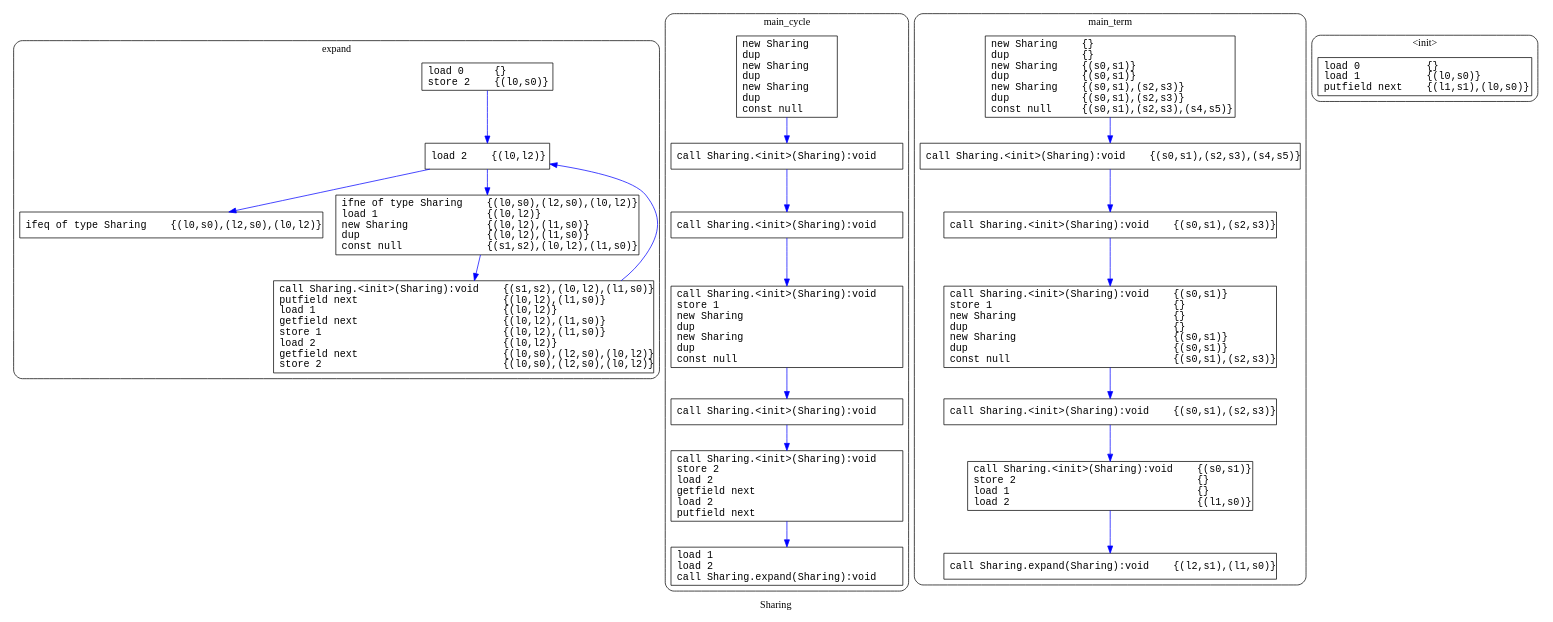
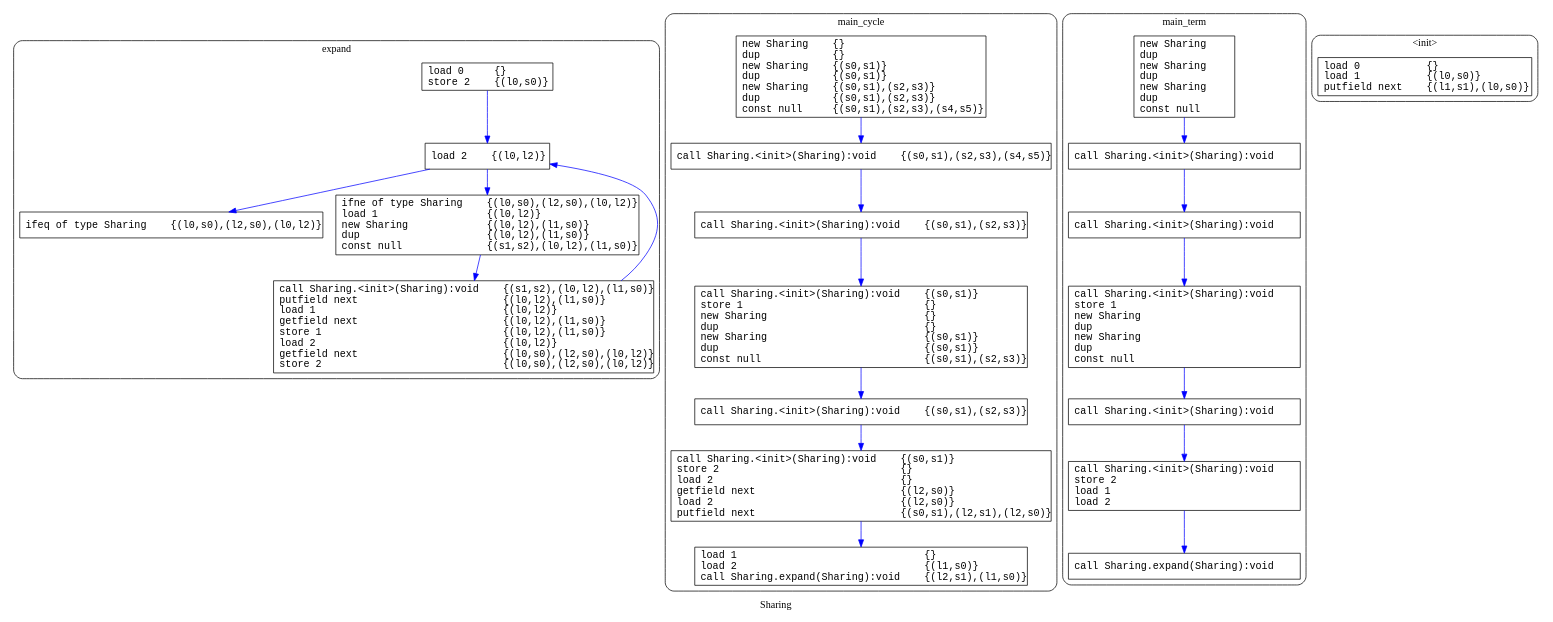
Before and after one commit to robotane/BCTerm: the diagram in generated/Sharing/Sharing.dot, drawn with Graphviz. The commit also changed 192 other files, not shown here.

```diff
--- a/generated/Sharing/Sharing.dot
+++ b/generated/Sharing/Sharing.dot
@@ -1,70 +1,70 @@
 digraph Program {
   label="Sharing"
   node [shape=box fontname="monospace"];
   edge [color=blue];
   subgraph cluster_0 {
     label="expand";
     color=black;
     style=rounded;
     node [shape=box fontname="monospace"];
     edge [color=blue];
     expand_block1 [label="load 0     {}\lstore 2    {(l0,s0)}\l"];
     expand_block2 [label="load 2    {(l0,l2)}\l"];
     expand_block3 [label="ifeq of type Sharing    {(l0,s0),(l2,s0),(l0,l2)}\l"];
     expand_block4 [label="ifne of type Sharing    {(l0,s0),(l2,s0),(l0,l2)}\lload 1                  {(l0,l2)}\lnew Sharing             {(l0,l2),(l1,s0)}\ldup                     {(l0,l2),(l1,s0)}\lconst null              {(s1,s2),(l0,l2),(l1,s0)}\l"];
     expand_block5 [label="call Sharing.<init>(Sharing):void    {(s1,s2),(l0,l2),(l1,s0)}\lputfield next                        {(l0,l2),(l1,s0)}\lload 1                               {(l0,l2)}\lgetfield next                        {(l0,l2),(l1,s0)}\lstore 1                              {(l0,l2),(l1,s0)}\lload 2                               {(l0,l2)}\lgetfield next                        {(l0,s0),(l2,s0),(l0,l2)}\lstore 2                              {(l0,s0),(l2,s0),(l0,l2)}\l"];
     expand_block4 -> expand_block5;
+    expand_block2 -> expand_block4;
     expand_block2 -> expand_block3;
-    expand_block2 -> expand_block4;
+    expand_block5 -> expand_block2;
     expand_block1 -> expand_block2;
-    expand_block5 -> expand_block2;
   }
   subgraph cluster_1 {
     label="main_cycle";
     color=black;
     style=rounded;
     node [shape=box fontname="monospace"];
     edge [color=blue];
-    main_cycle_block1 [label="new Sharing    \ldup            \lnew Sharing    \ldup            \lnew Sharing    \ldup            \lconst null     \l"];
-    main_cycle_block2 [label="call Sharing.<init>(Sharing):void    \l"];
-    main_cycle_block3 [label="call Sharing.<init>(Sharing):void    \l"];
-    main_cycle_block4 [label="call Sharing.<init>(Sharing):void    \lstore 1                              \lnew Sharing                          \ldup                                  \lnew Sharing                          \ldup                                  \lconst null                           \l"];
-    main_cycle_block5 [label="call Sharing.<init>(Sharing):void    \l"];
-    main_cycle_block6 [label="call Sharing.<init>(Sharing):void    \lstore 2                              \lload 2                               \lgetfield next                        \lload 2                               \lputfield next                        \l"];
-    main_cycle_block7 [label="load 1                               \lload 2                               \lcall Sharing.expand(Sharing):void    \l"];
+    main_cycle_block1 [label="new Sharing    {}\ldup            {}\lnew Sharing    {(s0,s1)}\ldup            {(s0,s1)}\lnew Sharing    {(s0,s1),(s2,s3)}\ldup            {(s0,s1),(s2,s3)}\lconst null     {(s0,s1),(s2,s3),(s4,s5)}\l"];
+    main_cycle_block2 [label="call Sharing.<init>(Sharing):void    {(s0,s1),(s2,s3),(s4,s5)}\l"];
+    main_cycle_block3 [label="call Sharing.<init>(Sharing):void    {(s0,s1),(s2,s3)}\l"];
+    main_cycle_block4 [label="call Sharing.<init>(Sharing):void    {(s0,s1)}\lstore 1                              {}\lnew Sharing                          {}\ldup                                  {}\lnew Sharing                          {(s0,s1)}\ldup                                  {(s0,s1)}\lconst null                           {(s0,s1),(s2,s3)}\l"];
+    main_cycle_block5 [label="call Sharing.<init>(Sharing):void    {(s0,s1),(s2,s3)}\l"];
+    main_cycle_block6 [label="call Sharing.<init>(Sharing):void    {(s0,s1)}\lstore 2                              {}\lload 2                               {}\lgetfield next                        {(l2,s0)}\lload 2                               {(l2,s0)}\lputfield next                        {(s0,s1),(l2,s1),(l2,s0)}\l"];
+    main_cycle_block7 [label="load 1                               {}\lload 2                               {(l1,s0)}\lcall Sharing.expand(Sharing):void    {(l2,s1),(l1,s0)}\l"];
     main_cycle_block2 -> main_cycle_block3;
     main_cycle_block4 -> main_cycle_block5;
+    main_cycle_block6 -> main_cycle_block7;
+    main_cycle_block5 -> main_cycle_block6;
+    main_cycle_block3 -> main_cycle_block4;
     main_cycle_block1 -> main_cycle_block2;
-    main_cycle_block6 -> main_cycle_block7;
-    main_cycle_block3 -> main_cycle_block4;
-    main_cycle_block5 -> main_cycle_block6;
   }
   subgraph cluster_2 {
     label="main_term";
     color=black;
     style=rounded;
     node [shape=box fontname="monospace"];
     edge [color=blue];
-    main_term_block1 [label="new Sharing    {}\ldup            {}\lnew Sharing    {(s0,s1)}\ldup            {(s0,s1)}\lnew Sharing    {(s0,s1),(s2,s3)}\ldup            {(s0,s1),(s2,s3)}\lconst null     {(s0,s1),(s2,s3),(s4,s5)}\l"];
-    main_term_block2 [label="call Sharing.<init>(Sharing):void    {(s0,s1),(s2,s3),(s4,s5)}\l"];
-    main_term_block3 [label="call Sharing.<init>(Sharing):void    {(s0,s1),(s2,s3)}\l"];
-    main_term_block4 [label="call Sharing.<init>(Sharing):void    {(s0,s1)}\lstore 1                              {}\lnew Sharing                          {}\ldup                                  {}\lnew Sharing                          {(s0,s1)}\ldup                                  {(s0,s1)}\lconst null                           {(s0,s1),(s2,s3)}\l"];
-    main_term_block5 [label="call Sharing.<init>(Sharing):void    {(s0,s1),(s2,s3)}\l"];
-    main_term_block6 [label="call Sharing.<init>(Sharing):void    {(s0,s1)}\lstore 2                              {}\lload 1                               {}\lload 2                               {(l1,s0)}\l"];
-    main_term_block7 [label="call Sharing.expand(Sharing):void    {(l2,s1),(l1,s0)}\l"];
+    main_term_block1 [label="new Sharing    \ldup            \lnew Sharing    \ldup            \lnew Sharing    \ldup            \lconst null     \l"];
+    main_term_block2 [label="call Sharing.<init>(Sharing):void    \l"];
+    main_term_block3 [label="call Sharing.<init>(Sharing):void    \l"];
+    main_term_block4 [label="call Sharing.<init>(Sharing):void    \lstore 1                              \lnew Sharing                          \ldup                                  \lnew Sharing                          \ldup                                  \lconst null                           \l"];
+    main_term_block5 [label="call Sharing.<init>(Sharing):void    \l"];
+    main_term_block6 [label="call Sharing.<init>(Sharing):void    \lstore 2                              \lload 1                               \lload 2                               \l"];
+    main_term_block7 [label="call Sharing.expand(Sharing):void    \l"];
+    main_term_block6 -> main_term_block7;
+    main_term_block1 -> main_term_block2;
     main_term_block3 -> main_term_block4;
+    main_term_block4 -> main_term_block5;
     main_term_block2 -> main_term_block3;
     main_term_block5 -> main_term_block6;
-    main_term_block4 -> main_term_block5;
-    main_term_block6 -> main_term_block7;
-    main_term_block1 -> main_term_block2;
   }
   subgraph cluster_3 {
     label="<init>";
     color=black;
     style=rounded;
     node [shape=box fontname="monospace"];
     edge [color=blue];
     _init__block1 [label="load 0           {}\lload 1           {(l0,s0)}\lputfield next    {(l1,s1),(l0,s0)}\l"];
   }
 }
```
